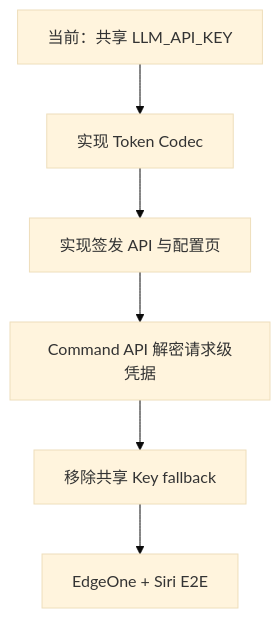
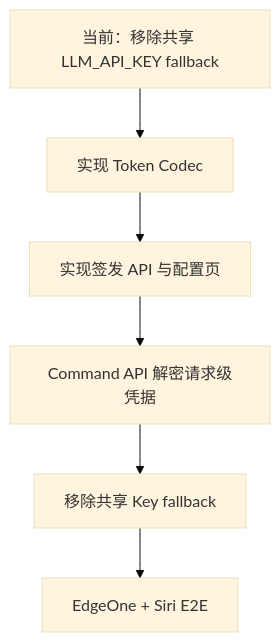
Before and after one commit to zhangys10/mijia-web-console: the first of 3 diagrams in docs/ai-home-implementation-todo.md, drawn with Mermaid (base theme). The commit also changed other lines of this file and 19 other files, not shown here.

Commit message:
feat(ai): add per-user LLM token configuration and settings page

````diff
--- a/docs/ai-home-implementation-todo.md
+++ b/docs/ai-home-implementation-todo.md
@@ -41,8 +41,8 @@
 ```mermaid
 flowchart TD
-    A["当前：共享 LLM_API_KEY"] --> B["实现 Token Codec"]
+    A["当前：移除共享 LLM_API_KEY fallback"] --> B["实现 Token Codec"]
     B --> C["实现签发 API 与配置页"]
     C --> D["Command API 解密请求级凭据"]
     D --> E["移除共享 Key fallback"]
     E --> F["EdgeOne + Siri E2E"]
 ```
````
